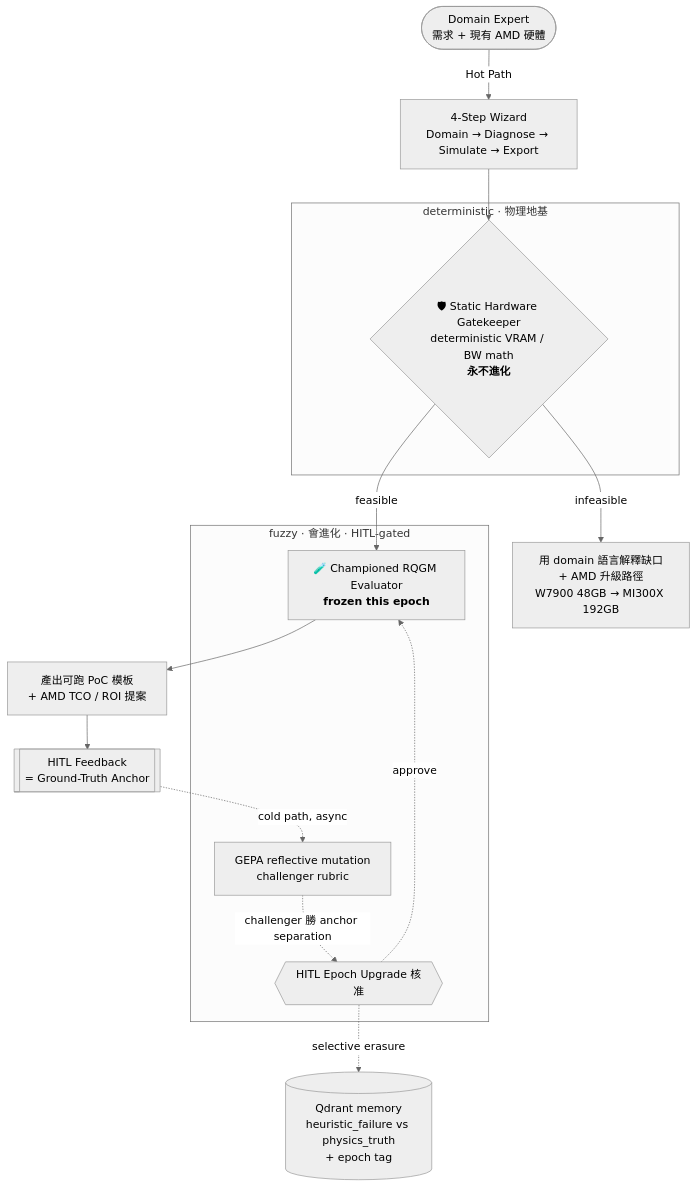
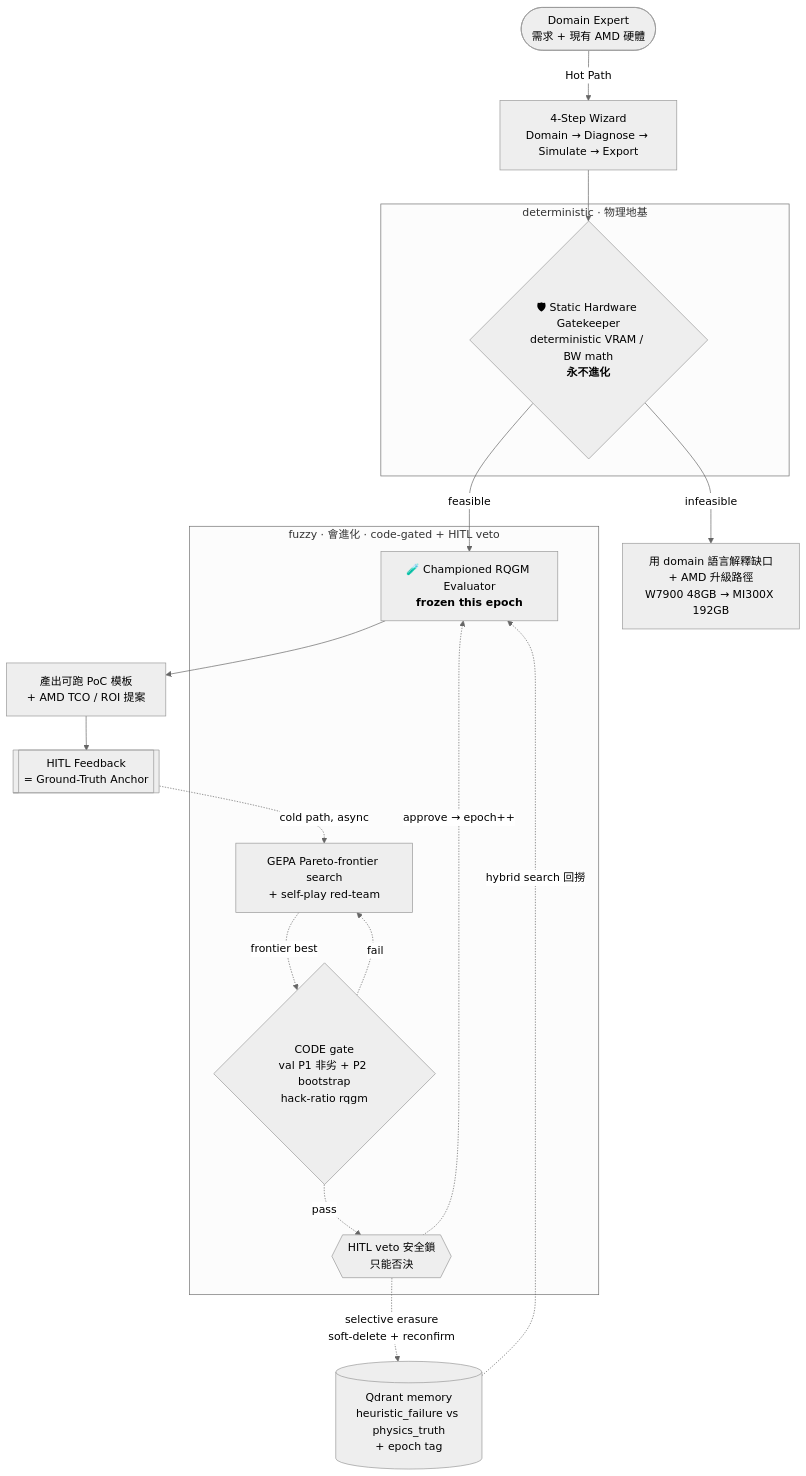
Before and after one commit to iiyyll01lin/yy-rqgm: the diagram in README.md, drawn with Mermaid (neutral theme). The commit also changed other lines of this file and 11 other files, not shown here.

````diff
--- a/README.md
+++ b/README.md
@@ -53,22 +56,26 @@
 ```mermaid
 flowchart TD
     User([Domain Expert<br/>需求 + 現有 AMD 硬體]) -->|Hot Path| Wizard[4-Step Wizard<br/>Domain → Diagnose → Simulate → Export]
     Wizard --> Gate{🛡 Static Hardware Gatekeeper<br/>deterministic VRAM / BW math<br/><b>永不進化</b>}
     Gate -->|infeasible| Upsell[用 domain 語言解釋缺口<br/>+ AMD 升級路徑<br/>W7900 48GB → MI300X 192GB]
     Gate -->|feasible| Judge[🧪 Championed RQGM Evaluator<br/><b>frozen this epoch</b>]
     Judge --> Export[產出可跑 PoC 模板<br/>+ AMD TCO / ROI 提案]
     Export --> Feedback[[HITL Feedback<br/>= Ground-Truth Anchor]]
-    Feedback -. cold path, async .-> Loop[GEPA reflective mutation<br/>challenger rubric]
-    Loop -. challenger 勝 anchor separation .-> EpochGate{{HITL Epoch Upgrade 核准}}
-    EpochGate -. approve .-> Judge
-    EpochGate -. selective erasure .-> Mem[(Qdrant memory<br/>heuristic_failure vs physics_truth<br/>+ epoch tag)]
+    Feedback -. cold path, async .-> Loop[GEPA Pareto-frontier search<br/>+ self-play red-team]
+    Loop -. frontier best .-> CodeGate{CODE gate<br/>val P1 非劣 + P2 bootstrap<br/>hack-ratio rqgm}
+    CodeGate -. fail .-> Loop
+    CodeGate -. pass .-> EpochGate{{HITL veto 安全鎖<br/>只能否決}}
+    EpochGate -. approve → epoch++ .-> Judge
+    EpochGate -. selective erasure<br/>soft-delete + reconfirm .-> Mem[(Qdrant memory<br/>heuristic_failure vs physics_truth<br/>+ epoch tag)]
+    Mem -. hybrid search 回撈 .-> Judge
 
     subgraph HARD[deterministic · 物理地基]
       Gate
     end
-    subgraph SOFT[fuzzy · 會進化 · HITL-gated]
+    subgraph SOFT[fuzzy · 會進化 · code-gated + HITL veto]
       Judge
       Loop
+      CodeGate
       EpochGate
     end
 ```
````
